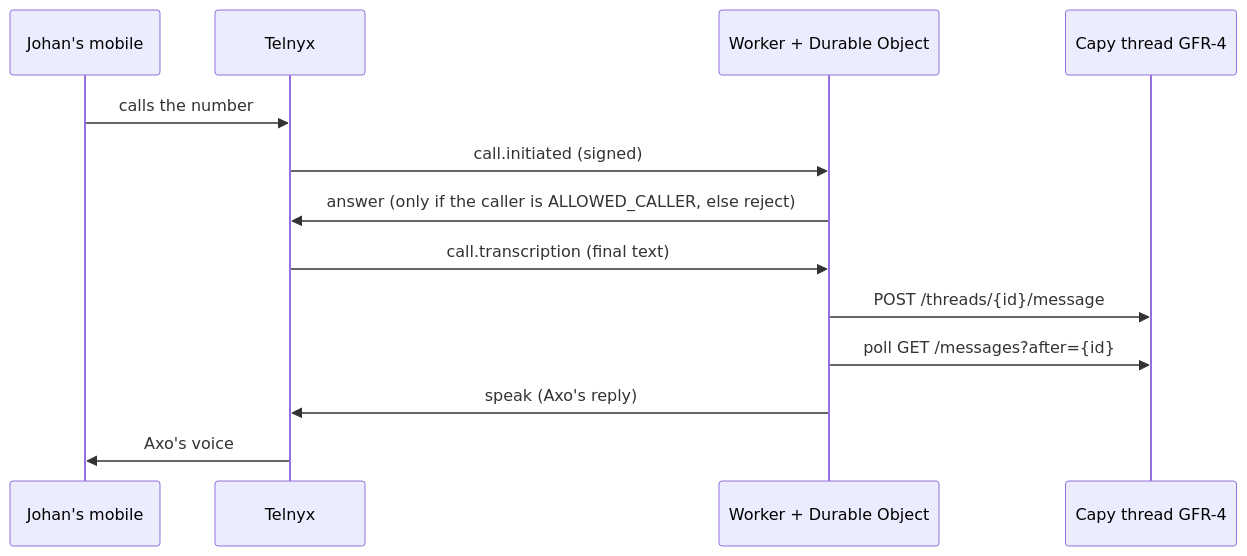
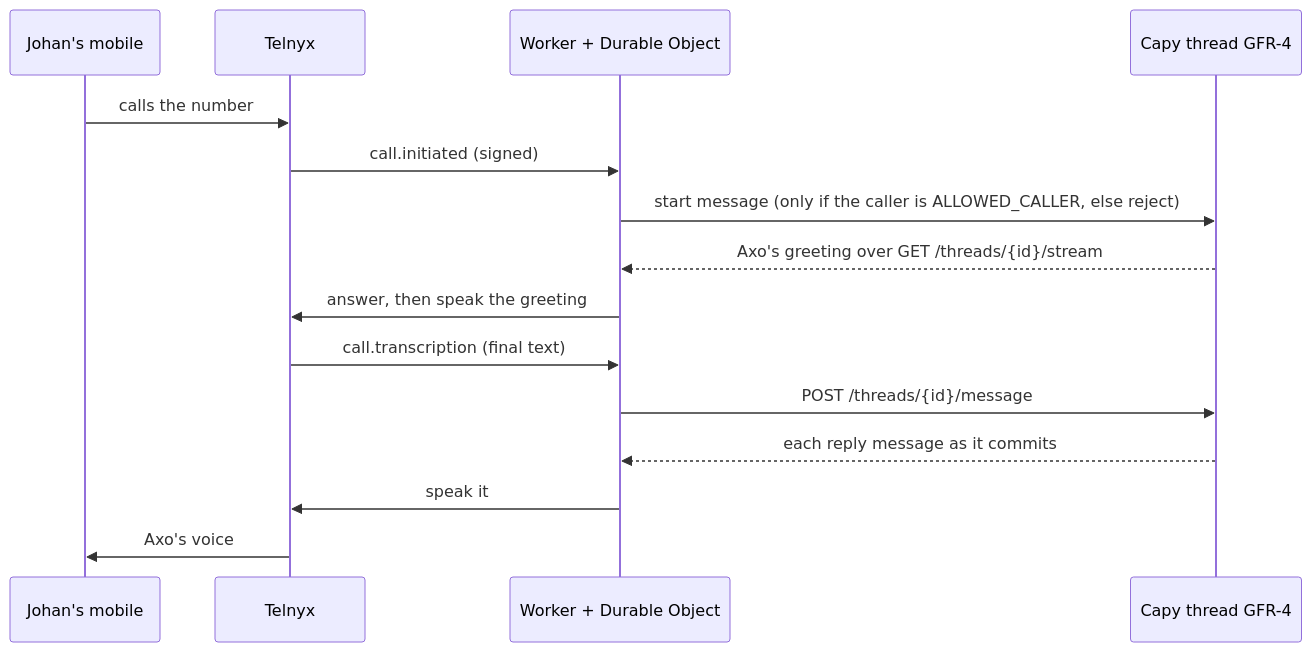
One commit to g4f4r0/g4f4r0 changed the diagram in phone-bridge/README.md. Above: the diagram before and after it, drawn with Mermaid. The commit also changed other lines of this file and 7 other files, not shown here.

Commit message:
phone-bridge: stream Axo's replies, greet before answering, barge-in, idle check-ins and end message

````diff
--- a/phone-bridge/README.md
+++ b/phone-bridge/README.md
@@ -6,15 +6,17 @@
 ```mermaid
 sequenceDiagram
   participant J as Johan's mobile
   participant T as Telnyx
   participant W as Worker + Durable Object
   participant C as Capy thread GFR-4
   J->>T: calls the number
   T->>W: call.initiated (signed)
-  W->>T: answer (only if the caller is ALLOWED_CALLER, else reject)
+  W->>C: start message (only if the caller is ALLOWED_CALLER, else reject)
+  C-->>W: Axo's greeting over GET /threads/{id}/stream
+  W->>T: answer, then speak the greeting
   T->>W: call.transcription (final text)
   W->>C: POST /threads/{id}/message
-  W->>C: poll GET /messages?after={id}
-  W->>T: speak (Axo's reply)
+  C-->>W: each reply message as it commits
+  W->>T: speak it
   T->>J: Axo's voice
 ```
````
